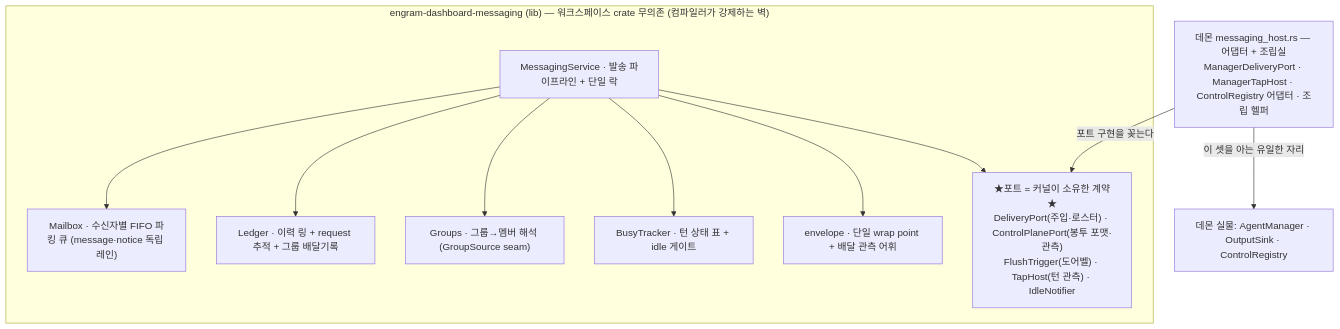
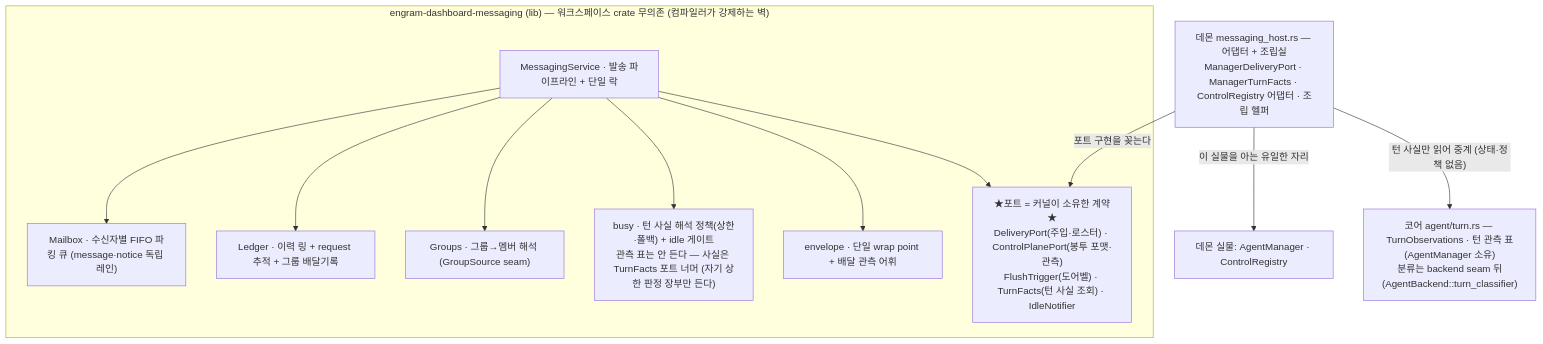
The tenth of 20 diagrams in docs/reference/architecture-overview.md (kimsunzun/engram-dashboard), drawn with Mermaid before and after one commit. The commit also changed other lines of this file and 2 other files, not shown here.

Commit message:
docs: standing 문서 rot 정리 — 삭제된 타입명 제거 + 아키텍처 다이어그램 구조 정정
ADR-0127로 삭제된 이름 4종(TapHost·ManagerTapHost·BusyTracker·TurnTapSink)을
standing 문서에서 걷어내고, 턴 관측 표가 메시징 커널→코어로 승격된 것을
다이어그램에 반영한다(상자가 틀린 crate에 그려져 있었다 — CORE 노드 신설).

/review doc light가 적출한 FIX 3건 반영:
- sweep이 "표시를 청소한다"는 서술 → 지금 코드는 아무것도 지우지 않는다
  (TurnFacts 읽기 전용). ADR-0127 결정 4는 "상한이 공용 표를 지우면 결정
  위반"이라, 문서가 금지된 구현을 다음 세션에 지시하고 있었다.
- "busy는 실시간 읽는 문서화된 예외" → 실시간 읽기가 테스트 뒤로 빠져
  모듈이 정반대(시계를 읽지 않는다 — 결정론 유지)를 단언한다.
- BZ 노드 과교정("표는 안 든다") → 커널은 자기 상한 판정 장부는 든다.

앞 둘은 선존 rot(이번 편집이 만든 것이 아니다)이나, 셋이 겹치면 독자가
"sweep이 코어 공용 표를 지운다"는 금지 결론에 도달하므로 함께 닫았다.

````diff
--- a/docs/reference/architecture-overview.md
+++ b/docs/reference/architecture-overview.md
@@ -373,24 +373,26 @@
 ```mermaid
 flowchart TD
   subgraph K["engram-dashboard-messaging (lib) — 워크스페이스 crate 무의존 (컴파일러가 강제하는 벽)"]
     SVC["MessagingService · 발송 파이프라인 + 단일 락"]
     MB["Mailbox · 수신자별 FIFO 파킹 큐 (message·notice 독립 레인)"]
     LG["Ledger · 이력 링 + request 추적 + 그룹 배달기록"]
     GR["Groups · 그룹→멤버 해석 (GroupSource seam)"]
-    BZ["BusyTracker · 턴 상태 표 + idle 게이트"]
+    BZ["busy · 턴 사실 해석 정책(상한·폴백) + idle 게이트<br/>관측 표는 안 든다 — 사실은 TurnFacts 포트 너머 (자기 상한 판정 장부만 든다)"]
     EN["envelope · 단일 wrap point + 배달 관측 어휘"]
-    PORT["★포트 = 커널이 소유한 계약★<br/>DeliveryPort(주입·로스터) · ControlPlanePort(봉투 포맷·관측)<br/>FlushTrigger(도어벨) · TapHost(턴 관측) · IdleNotifier"]
+    PORT["★포트 = 커널이 소유한 계약★<br/>DeliveryPort(주입·로스터) · ControlPlanePort(봉투 포맷·관측)<br/>FlushTrigger(도어벨) · TurnFacts(턴 사실 조회) · IdleNotifier"]
     SVC --> MB
     SVC --> LG
     SVC --> GR
     SVC --> BZ
     SVC --> EN
     SVC --> PORT
   end
 
-  HOST["데몬 messaging_host.rs — 어댑터 + 조립실<br/>ManagerDeliveryPort · ManagerTapHost · ControlRegistry 어댑터 · 조립 헬퍼"]
-  REAL["데몬 실물: AgentManager · OutputSink · ControlRegistry"]
+  HOST["데몬 messaging_host.rs — 어댑터 + 조립실<br/>ManagerDeliveryPort · ManagerTurnFacts · ControlRegistry 어댑터 · 조립 헬퍼"]
+  REAL["데몬 실물: AgentManager · ControlRegistry"]
+  CORE["코어 agent/turn.rs — TurnObservations · 턴 관측 표(AgentManager 소유)<br/>분류는 backend seam 뒤(AgentBackend::turn_classifier)"]
 
   HOST -->|"포트 구현을 꽂는다"| PORT
-  HOST -->|"이 셋을 아는 유일한 자리"| REAL
+  HOST -->|"이 실물을 아는 유일한 자리"| REAL
+  HOST -->|"턴 사실만 읽어 중계 (상태·정책 없음)"| CORE
 ```
````
